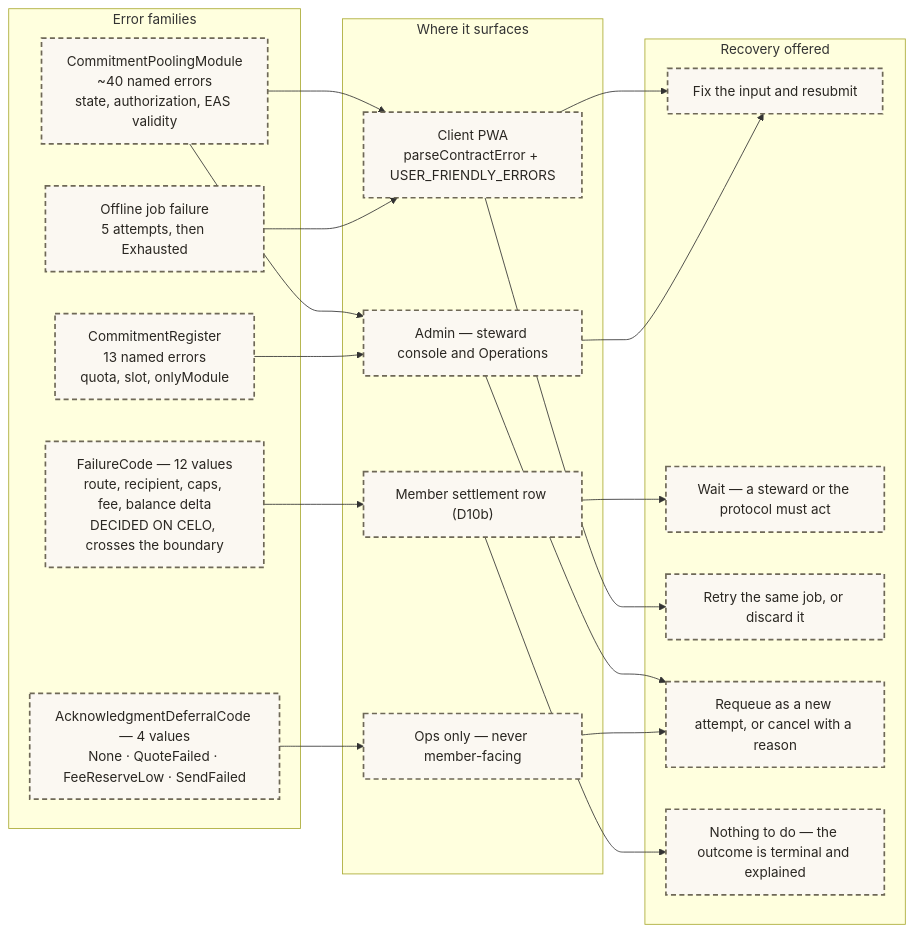
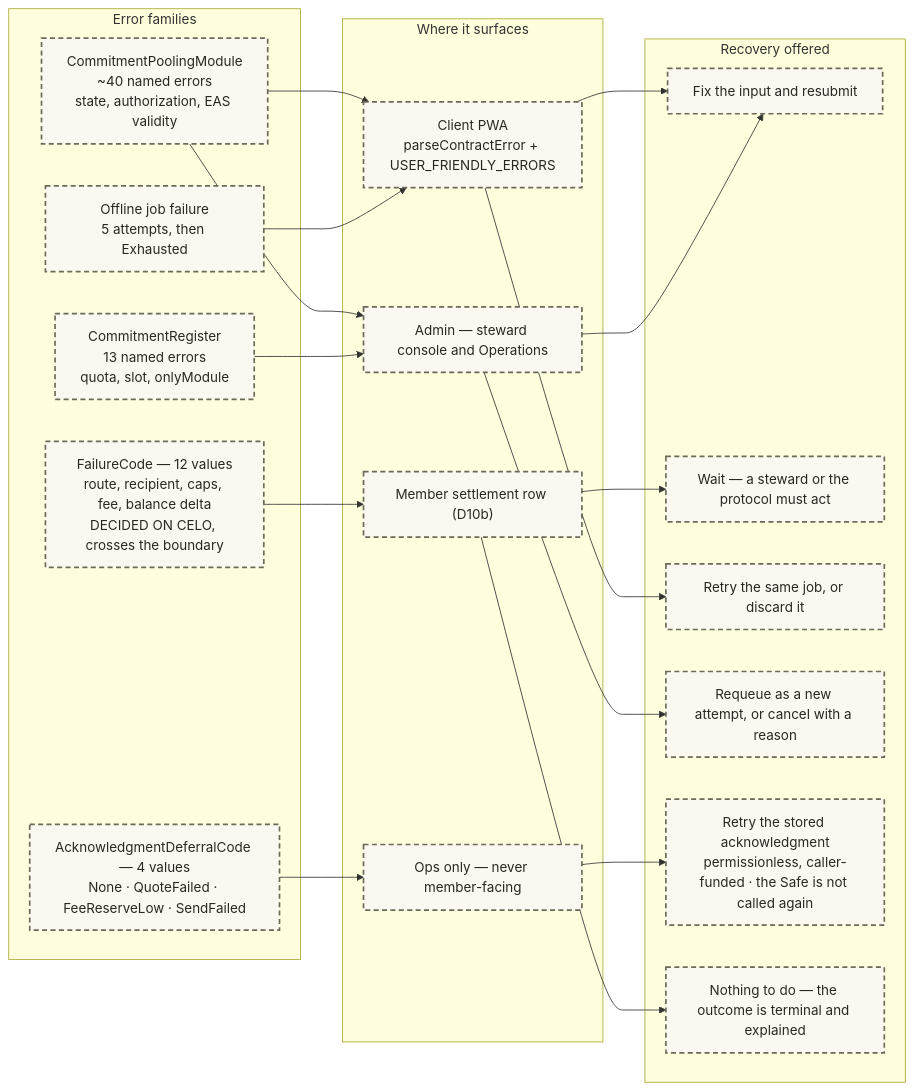
Before and after one commit to greenpill-dev-guild/green-goods: diagram 32 of 32 in .plans/active/commitment-pooling/diagrams.md, drawn with Mermaid. The commit also changed other lines of this file, not shown here.

First line of the commit message:
docs(plans): fix the six PR review findings on the pooling diagrams

````diff
--- a/.plans/active/commitment-pooling/diagrams.md
+++ b/.plans/active/commitment-pooling/diagrams.md
@@ -1580,43 +1591,44 @@
 ```mermaid
 flowchart LR
   subgraph FAM["Error families"]
     E1["CommitmentPoolingModule<br/>~40 named errors<br/>state, authorization, EAS validity"]
     E2["CommitmentRegister<br/>13 named errors<br/>quota, slot, onlyModule"]
     E3["FailureCode — 12 values<br/>route, recipient, caps, fee, balance delta<br/>DECIDED ON CELO, crosses the boundary"]
     E4["AcknowledgmentDeferralCode — 4 values<br/>None · QuoteFailed · FeeReserveLow · SendFailed"]
     E5["Offline job failure<br/>5 attempts, then Exhausted"]
   end
 
   subgraph SURF["Where it surfaces"]
     S1["Client PWA<br/>parseContractError + USER_FRIENDLY_ERRORS"]
     S2["Admin — steward console and Operations"]
     S3["Member settlement row (D10b)"]
     S4["Ops only — never member-facing"]
   end
 
   subgraph REC["Recovery offered"]
     R1["Fix the input and resubmit"]
     R2["Wait — a steward or the protocol must act"]
     R3["Retry the same job, or discard it"]
     R4["Requeue as a new attempt, or cancel with a reason"]
+    R6["Retry the stored acknowledgment<br/>permissionless, caller-funded · the Safe is not called again"]
     R5["Nothing to do — the outcome is terminal and explained"]
   end
 
   E1 --> S1
   E1 --> S2
   E2 --> S2
   E3 --> S3
   E4 --> S4
   E5 --> S1
 
   S1 --> R1
   S1 --> R3
   S2 --> R1
   S2 --> R4
   S3 --> R2
   S3 --> R5
-  S4 --> R4
+  S4 --> R6
 
   classDef planned fill:#fbf8f2,stroke:#6e6857,stroke-width:2px,stroke-dasharray:6 4,color:#2a2722
-  class E1,E2,E3,E4,E5,S1,S2,S3,S4,R1,R2,R3,R4,R5 planned
+  class E1,E2,E3,E4,E5,S1,S2,S3,S4,R1,R2,R3,R4,R5,R6 planned
 ```
````
